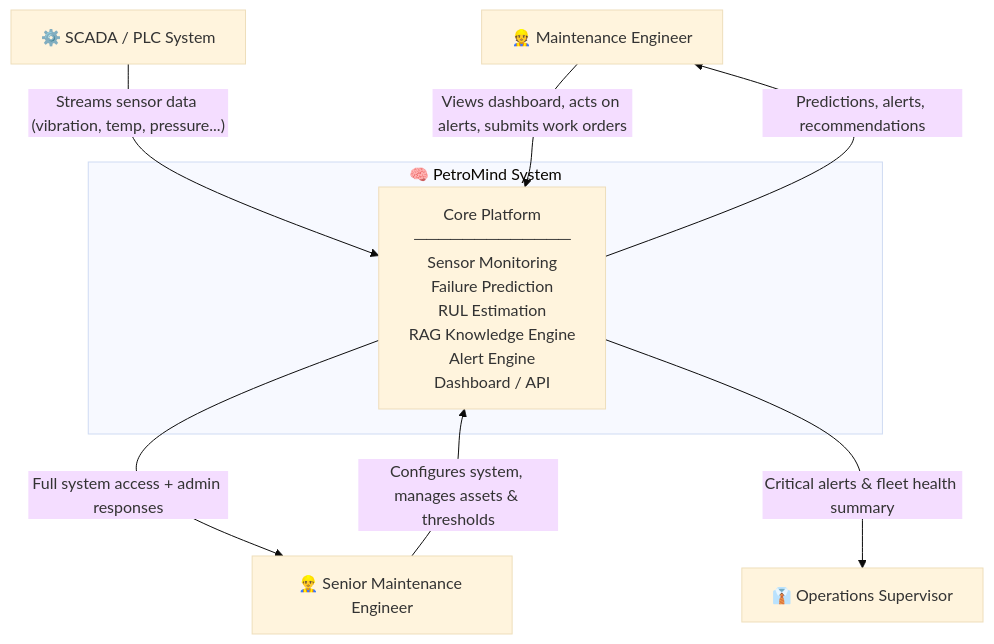
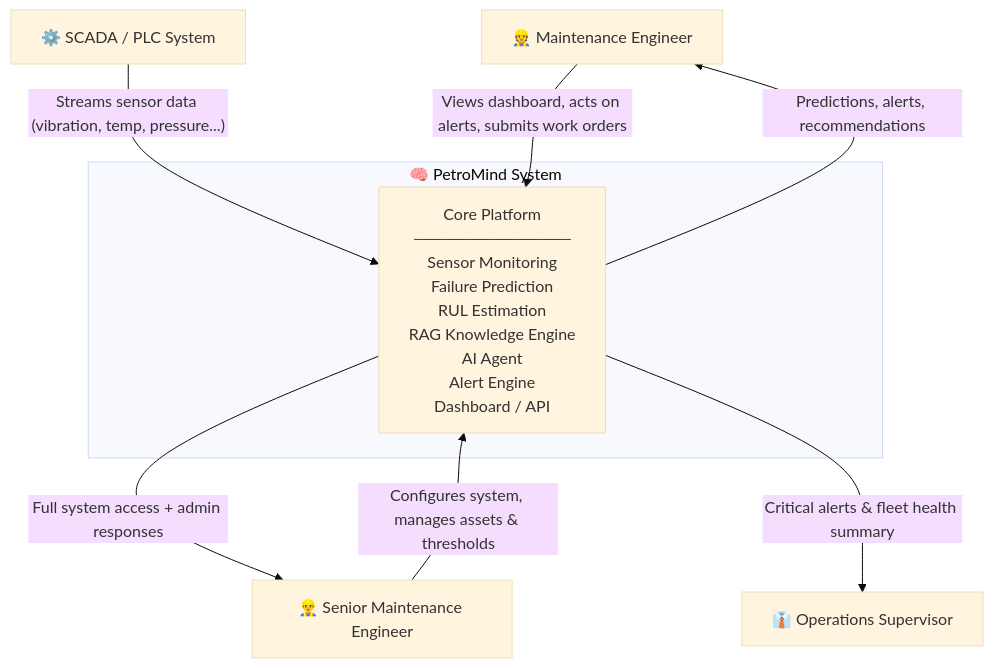
Before and after one commit to Petro-mind/main: the first of 6 diagrams in PetroMind_System_Analysis.md, drawn with Mermaid (base theme). The commit also changed other lines of this file, not shown here.

````diff
--- a/PetroMind_System_Analysis.md
+++ b/PetroMind_System_Analysis.md
@@ -61,18 +65,18 @@
 ```mermaid
 graph TD
     ME["👷 Maintenance Engineer"]
     SME["👷‍♂️ Senior Maintenance Engineer"]
     OS["👔 Operations Supervisor"]
     SCADA["⚙️ SCADA / PLC System"]
 
     subgraph PetroMind ["🧠 PetroMind System"]
-        CORE["Core Platform<br/>─────────────<br/>Sensor Monitoring<br/>Failure Prediction<br/>RUL Estimation<br/>RAG Knowledge Engine<br/>Alert Engine<br/>Dashboard / API"]
+        CORE["Core Platform<br/>─────────────<br/>Sensor Monitoring<br/>Failure Prediction<br/>RUL Estimation<br/>RAG Knowledge Engine<br/>AI Agent<br/>Alert Engine<br/>Dashboard / API"]
     end
 
     SCADA -->|"Streams sensor data (vibration, temp, pressure...)"| CORE
     ME -->|"Views dashboard, acts on alerts, submits work orders"| CORE
     CORE -->|"Predictions, alerts, recommendations"| ME
     SME -->|"Configures system, manages assets & thresholds"| CORE
     CORE -->|"Full system access + admin responses"| SME
     CORE -->|"Critical alerts & fleet health summary"| OS
 ```
````
